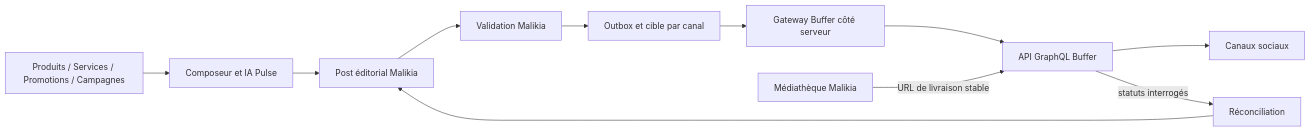
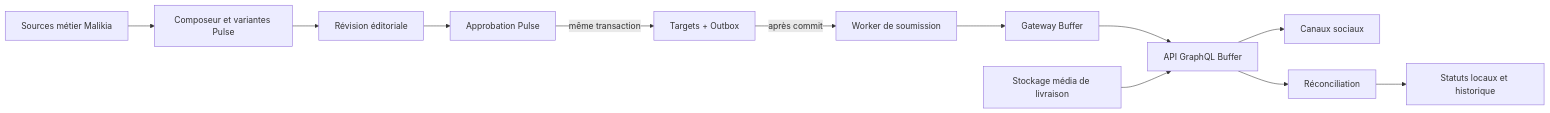
One commit to Lenenba/mlkpro_v3 changed the diagram in docs/MALIKIA_PULSE_BUFFER_FIRST_REFONTE_GLOBALE_2026-08-26.md. Above: the diagram before and after it, drawn with Mermaid. The commit also changed other lines of this file and 30 other files, not shown here.

Commit message:
feat(pulse): checkpoint Buffer-first refactor foundation

````diff
--- a/docs/MALIKIA_PULSE_BUFFER_FIRST_REFONTE_GLOBALE_2026-08-26.md
+++ b/docs/MALIKIA_PULSE_BUFFER_FIRST_REFONTE_GLOBALE_2026-08-26.md
@@ -289,13 +410,14 @@
-```mermaid
+~~~mermaid
 flowchart LR
-    A[Produits / Services / Promotions / Campagnes] --> B[Composeur et IA Pulse]
-    B --> C[Post éditorial Malikia]
-    C --> D[Validation Malikia]
-    D --> E[Outbox et cible par canal]
-    E --> F[Gateway Buffer côté serveur]
-    F --> G[API GraphQL Buffer]
-    G --> H[Canaux sociaux]
-    I[Médiathèque Malikia] -->|URL de livraison stable| G
-    G -->|statuts interrogés| J[Réconciliation]
-    J --> C
-```
+    A[Sources métier Malikia] --> B[Composeur et variantes Pulse]
+    B --> C[Révision éditoriale]
+    C --> D[Approbation Pulse]
+    D -->|même transaction| E[Targets + Outbox]
+    E -->|après commit| F[Worker de soumission]
+    F --> G[Gateway Buffer]
+    G --> H[API GraphQL Buffer]
+    H --> I[Canaux sociaux]
+    J[Stockage média de livraison] --> H
+    H --> K[Réconciliation]
+    K --> L[Statuts locaux et historique]
+~~~
````
